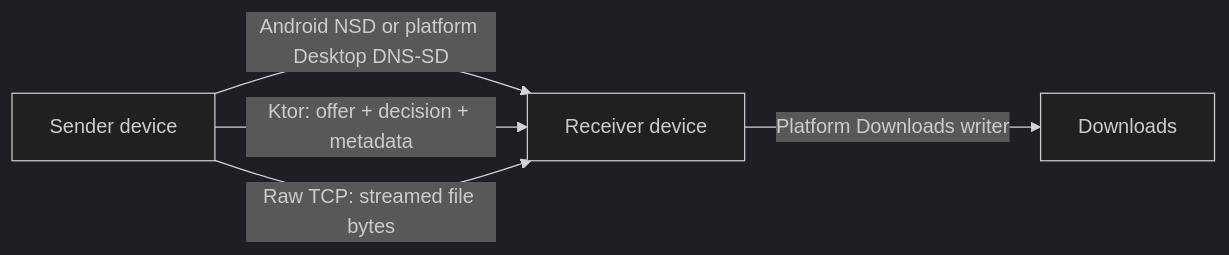
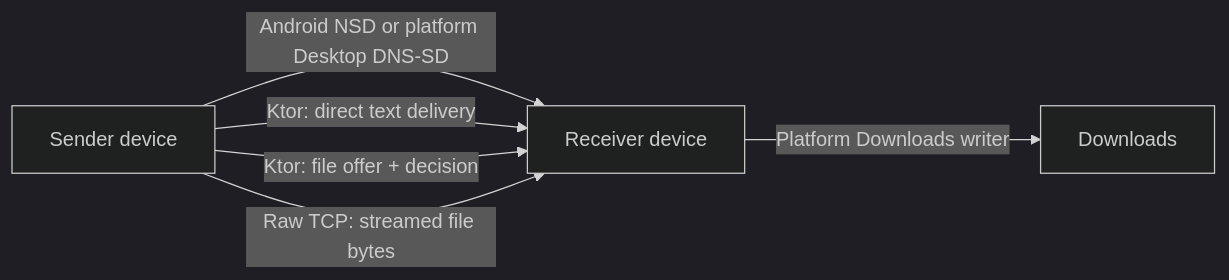
The diagram in README.md (CodePandaaAI/Sync360), drawn with Mermaid (dark theme) before and after one commit. The commit also changed other lines of this file and 34 other files, not shown here.

````diff
--- a/README.md
+++ b/README.md
@@ -98,7 +98,8 @@
 ```mermaid
 flowchart LR
     A["Sender device"] -->|"Android NSD or platform Desktop DNS-SD"| B["Receiver device"]
-    A -->|"Ktor: offer + decision + metadata"| B
+    A -->|"Ktor: direct text delivery"| B
+    A -->|"Ktor: file offer + decision"| B
     A -->|"Raw TCP: streamed file bytes"| B
     B -->|"Platform Downloads writer"| D["Downloads"]
 ```
````
